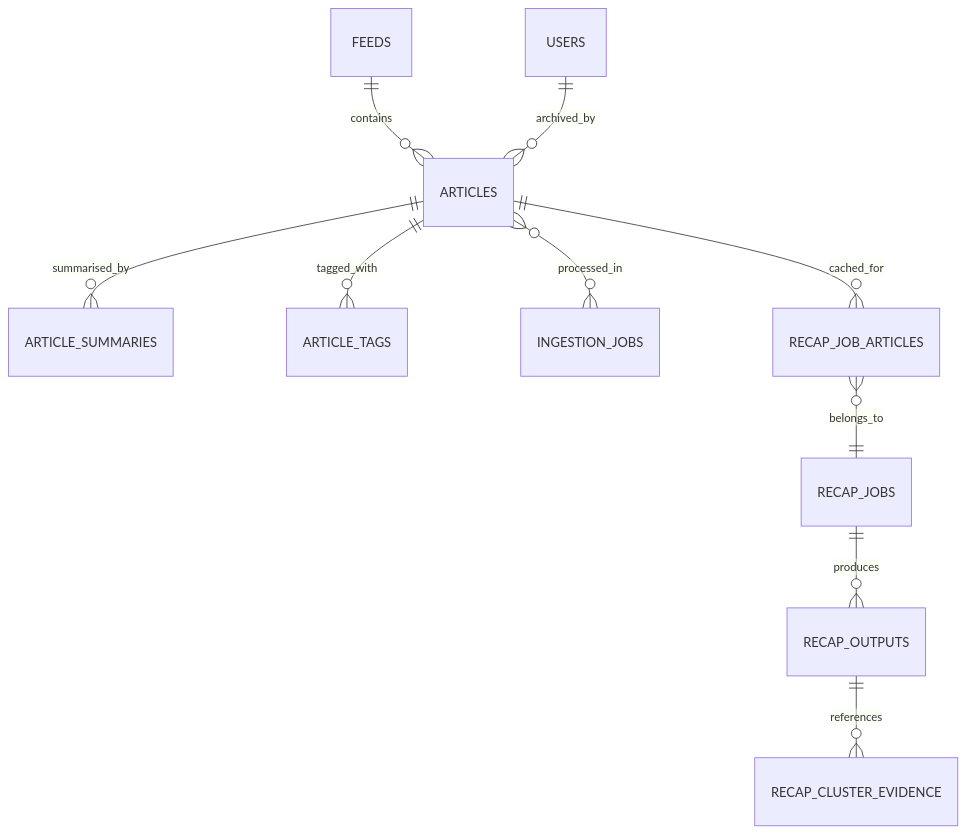
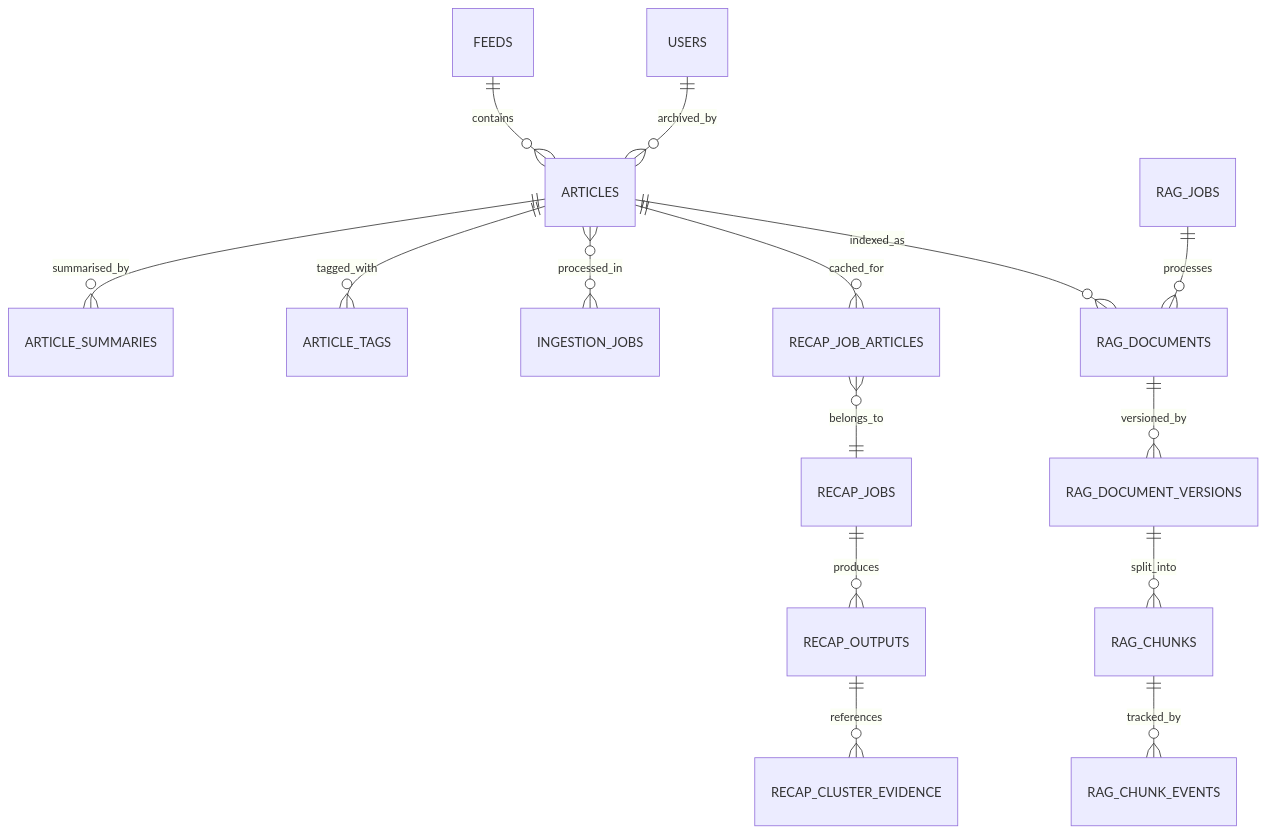
One commit to Kaikei-e/Alt changed the ninth of 9 diagrams in README.md. Above: the diagram before and after it, drawn with Mermaid. The commit also changed other lines of this file, not shown here.

First line of the commit message:
docs: Update README for December 2025 review and architecture enhancements

````diff
--- a/README.md
+++ b/README.md
@@ -573,12 +688,18 @@
 ```mermaid
 erDiagram
     FEEDS ||--o{ ARTICLES : contains
     ARTICLES ||--o{ ARTICLE_SUMMARIES : summarised_by
     ARTICLES ||--o{ ARTICLE_TAGS : tagged_with
     ARTICLES }o--o{ INGESTION_JOBS : processed_in
     USERS ||--o{ ARTICLES : archived_by
     ARTICLES ||--o{ RECAP_JOB_ARTICLES : cached_for
     RECAP_JOB_ARTICLES }o--|| RECAP_JOBS : belongs_to
     RECAP_JOBS ||--o{ RECAP_OUTPUTS : produces
     RECAP_OUTPUTS ||--o{ RECAP_CLUSTER_EVIDENCE : references
+
+    ARTICLES ||--o{ RAG_DOCUMENTS : indexed_as
+    RAG_DOCUMENTS ||--o{ RAG_DOCUMENT_VERSIONS : versioned_by
+    RAG_DOCUMENT_VERSIONS ||--o{ RAG_CHUNKS : split_into
+    RAG_CHUNKS ||--o{ RAG_CHUNK_EVENTS : tracked_by
+    RAG_JOBS ||--o{ RAG_DOCUMENTS : processes
 ```
````
